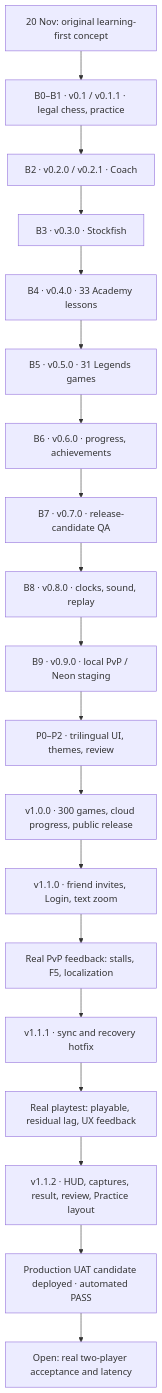
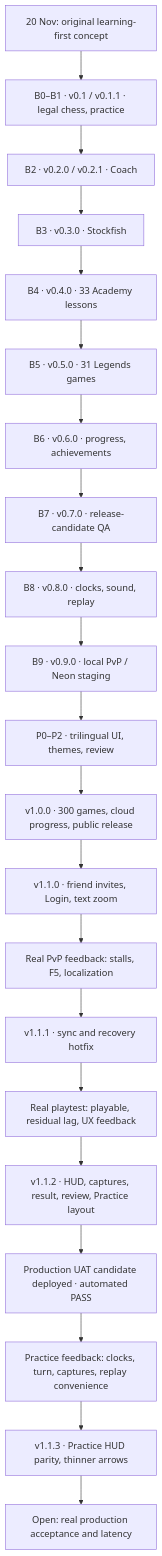
Before and after one commit to KonstantinOreshnikov/KonstantinOreshnikov: the diagram in projects/independent-game-studio/games/chess-odyssey/README.md, drawn with Mermaid. The commit also changed other lines of this file and 14 other files, not shown here.

Commit message:
docs(chess): record v1.1.3 Practice feedback, fixes and verified candidate evidence

````diff
--- a/projects/independent-game-studio/games/chess-odyssey/README.md
+++ b/projects/independent-game-studio/games/chess-odyssey/README.md
@@ -113,21 +117,23 @@
 ```mermaid
 flowchart TD
  A["20 Nov: original learning-first concept"] --> B["B0–B1 · v0.1 / v0.1.1 · legal chess, practice"]
  B --> C["B2 · v0.2.0 / v0.2.1 · Coach"]
  C --> D["B3 · v0.3.0 · Stockfish"]
  D --> E["B4 · v0.4.0 · 33 Academy lessons"]
  E --> F["B5 · v0.5.0 · 31 Legends games"]
  F --> G["B6 · v0.6.0 · progress, achievements"]
  G --> H["B7 · v0.7.0 · release-candidate QA"]
  H --> I["B8 · v0.8.0 · clocks, sound, replay"]
  I --> J["B9 · v0.9.0 · local PvP / Neon staging"]
  J --> K["P0–P2 · trilingual UI, themes, review"]
  K --> L["v1.0.0 · 300 games, cloud progress, public release"]
  L --> M["v1.1.0 · friend invites, Login, text zoom"]
  M --> N["Real PvP feedback: stalls, F5, localization"]
  N --> O["v1.1.1 · sync and recovery hotfix"]
  O --> P["Real playtest: playable, residual lag, UX feedback"]
  P --> Q["v1.1.2 · HUD, captures, result, review, Practice layout"]
  Q --> R["Production UAT candidate deployed · automated PASS"]
- R --> S["Open: real two-player acceptance and latency"]
+ R --> T["Practice feedback: clocks, turn, captures, replay convenience"]
+ T --> U["v1.1.3 · Practice HUD parity, thinner arrows"]
+ U --> S["Open: real production acceptance and latency"]
 ```
````
